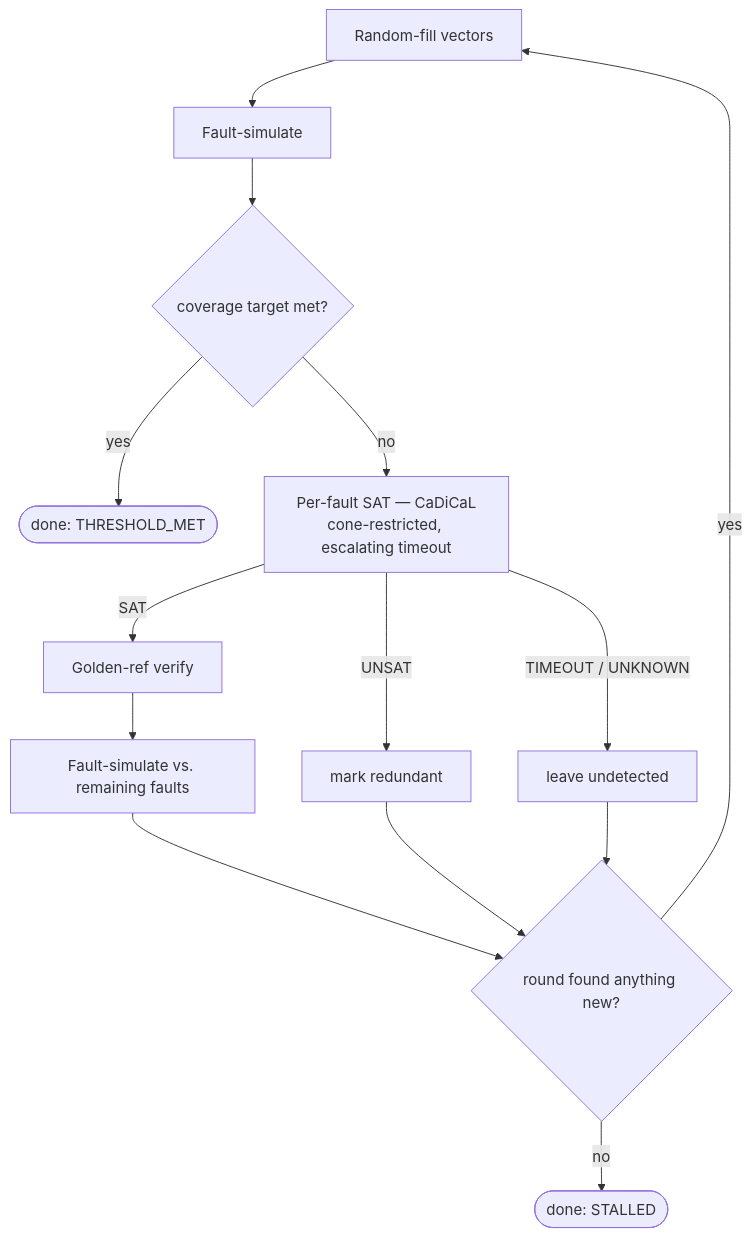
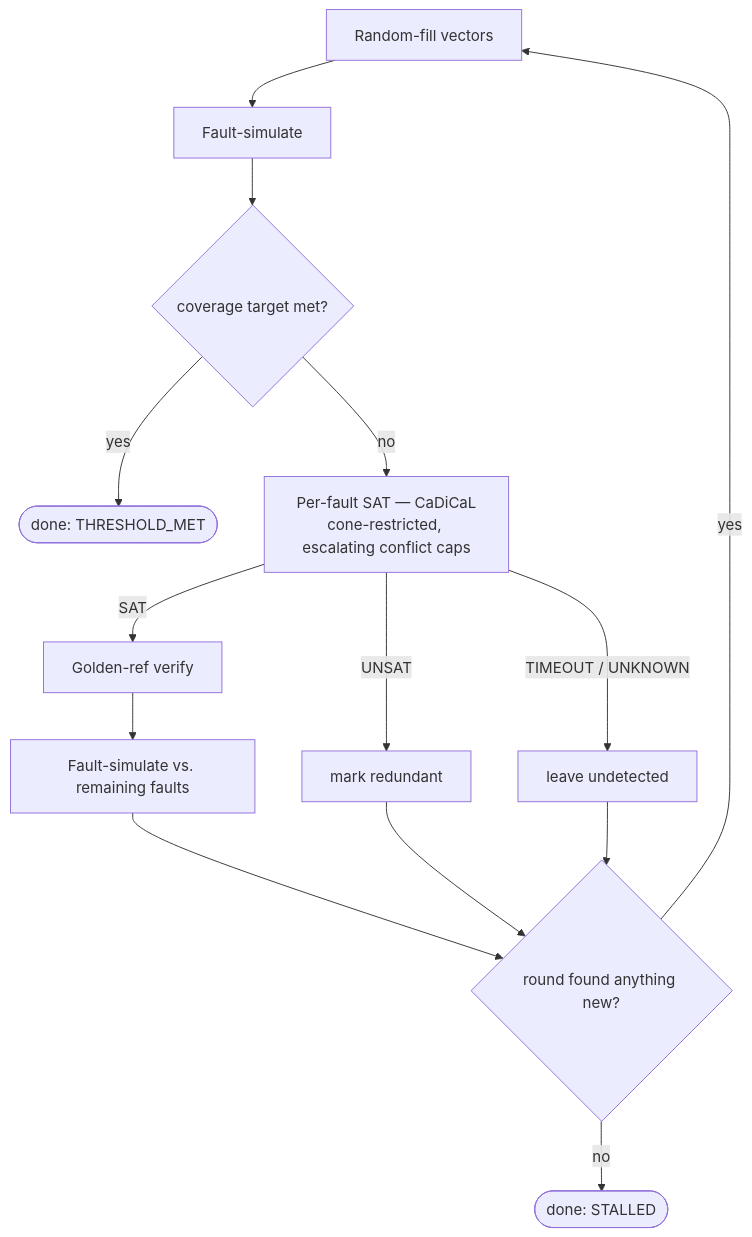
Before and after one commit to ranaumarnadeem/faultflow: the fifth of 5 diagrams in docs/architecture/overview.md, drawn with Mermaid. The commit also changed 15 other files, not shown here.

````diff
--- a/docs/architecture/overview.md
+++ b/docs/architecture/overview.md
@@ -189,15 +189,15 @@
 ```mermaid
 flowchart TD
     A[Random-fill vectors] --> B[Fault-simulate]
     B --> C{coverage target met?}
     C -- yes --> Z([done: THRESHOLD_MET])
-    C -- no --> D["Per-fault SAT — CaDiCaL<br/>cone-restricted, escalating timeout"]
+    C -- no --> D["Per-fault SAT — CaDiCaL<br/>cone-restricted, escalating conflict caps"]
     D -- SAT --> E[Golden-ref verify] --> F[Fault-simulate vs. remaining faults]
     D -- UNSAT --> G[mark redundant]
     D -- TIMEOUT / UNKNOWN --> H[leave undetected]
     F --> I{round found anything new?}
     G --> I
     H --> I
     I -- yes --> A
     I -- no --> Y([done: STALLED])
 ```
````
